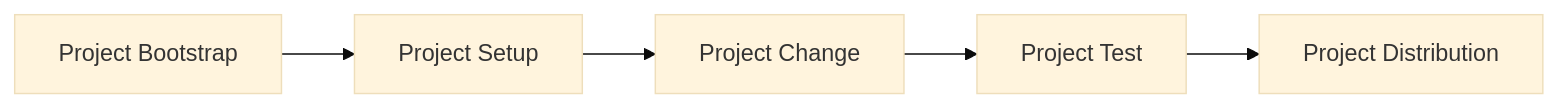
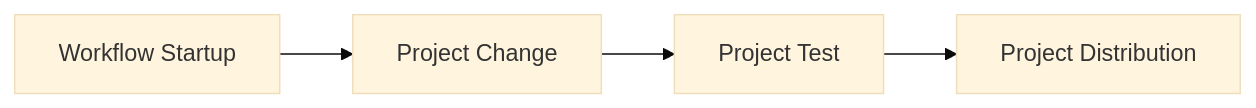
Before and after one commit to cnpryer/huak: the diagram in README.md, drawn with Mermaid (base theme). The commit also changed other lines of this file and 1 other file, not shown here.

Commit message:
Rename architecture.md to design_doc.md (#243)

````diff
--- a/README.md
+++ b/README.md
@@ -24,7 +24,6 @@
 ```mermaid
 graph LR
-    A[Project Bootstrap] --> B[Project Setup]
-    B --> C[Project Change]
-    C --> D[Project Test]
-    D --> E[Project Distribution]
+    A[Workflow Startup] --> B[Project Change]
+    B --> C[Project Test]
+    C --> D[Project Distribution]
 ```
````
